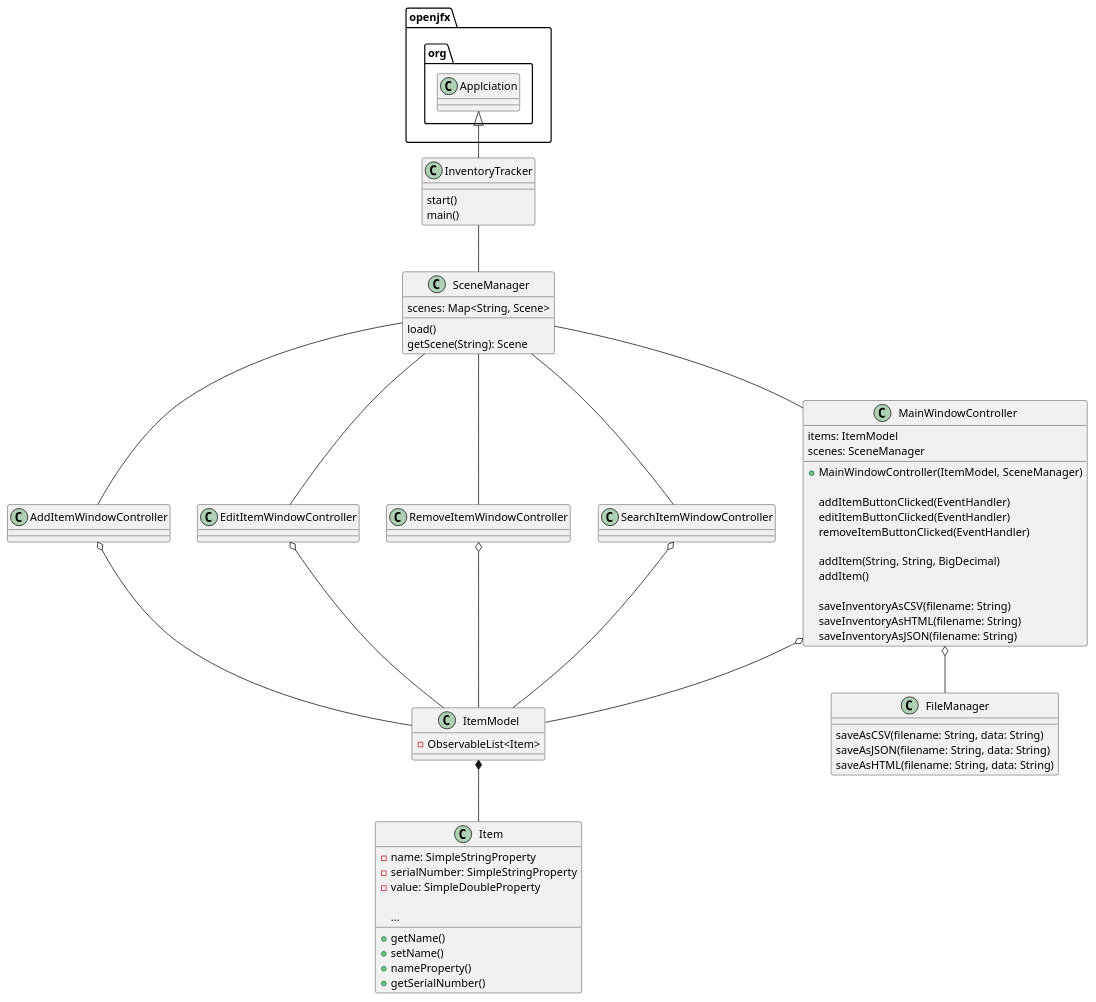
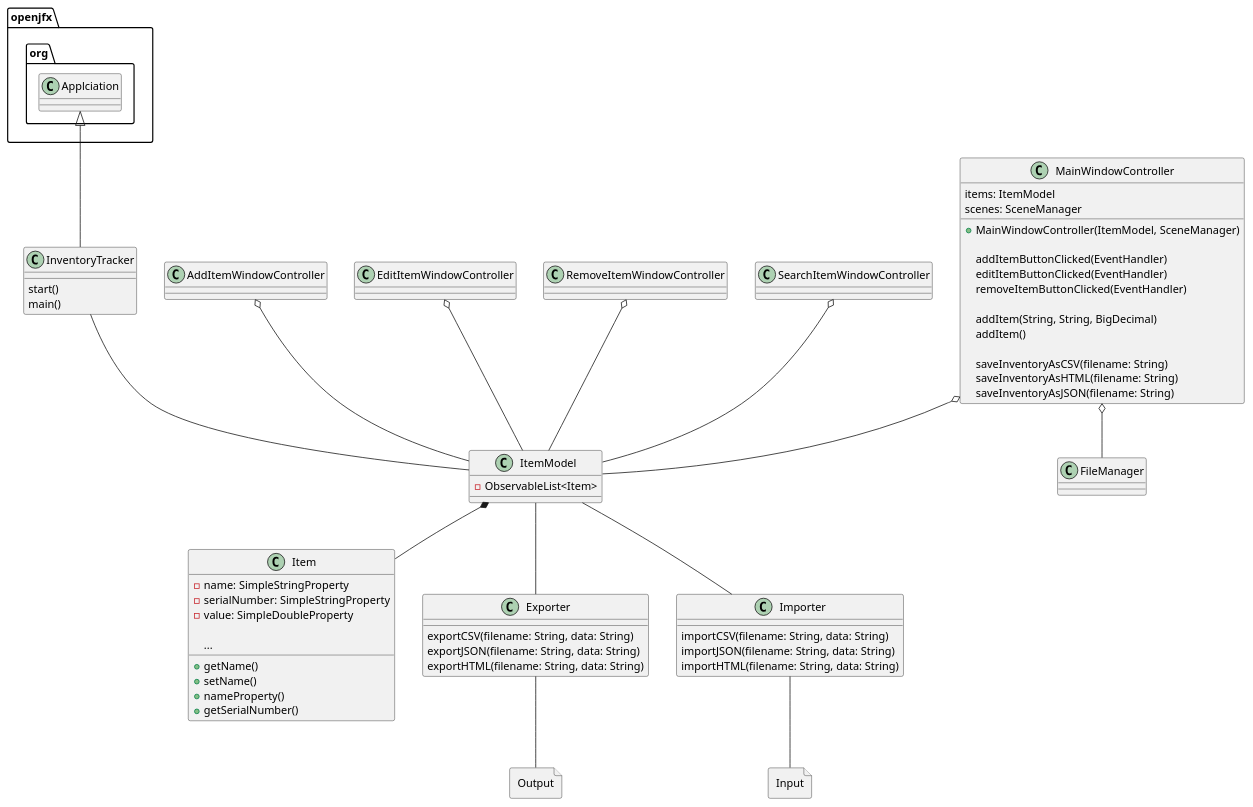
The diagram in uml/exercise56.puml (MontgomeryJukebox/Santamaria-3398-a5), drawn with PlantUML before and after one commit. The commit also changed 51 other files, not shown here.

```diff
--- a/uml/exercise56.puml
+++ b/uml/exercise56.puml
@@ -1,88 +1,94 @@
 @startuml
 'https://plantuml.com/class-diagram
 
 class InventoryTracker {
     start()
     main()
-}
-
-class SceneManager {
-    scenes: Map<String, Scene>
-
-    load()
-    getScene(String): Scene
 }
 
 class MainWindowController {
     items: ItemModel
     scenes: SceneManager
 
     + MainWindowController(ItemModel, SceneManager)
 
     addItemButtonClicked(EventHandler)
     editItemButtonClicked(EventHandler)
     removeItemButtonClicked(EventHandler)
 
     addItem(String, String, BigDecimal)
     addItem()
 
     saveInventoryAsCSV(filename: String)
     saveInventoryAsHTML(filename: String)
     saveInventoryAsJSON(filename: String)
 }
 
 class AddItemWindowController {
 
 }
 
 class EditItemWindowController {
 
 }
 
 class RemoveItemWindowController {
 
 }
 
 class SearchItemWindowController {
 
 }
 
 class ItemModel {
     - ObservableList<Item>
 }
 
 class Item {
     - name: SimpleStringProperty
     - serialNumber: SimpleStringProperty
     - value: SimpleDoubleProperty
 
     + getName()
     + setName()
     + nameProperty()
     + getSerialNumber()
     ...
 }
 
-class FileManager {
-    saveAsCSV(filename: String, data: String)
-    saveAsJSON(filename: String, data: String)
-    saveAsHTML(filename: String, data: String)
+class Exporter {
+    exportCSV(filename: String, data: String)
+    exportJSON(filename: String, data: String)
+    exportHTML(filename: String, data: String)
+}
+
+class Importer {
+    importCSV(filename: String, data: String)
+    importJSON(filename: String, data: String)
+    importHTML(filename: String, data: String)
+}
+
+file Output {
+
+}
+
+file Input {
+
 }
 
 MainWindowController o-- FileManager
 openjfx.org.Applciation <|-- InventoryTracker
-InventoryTracker -- SceneManager
-SceneManager -- MainWindowController
-SceneManager -- AddItemWindowController
-SceneManager -- EditItemWindowController
-SceneManager -- RemoveItemWindowController
-SceneManager -- SearchItemWindowController
+InventoryTracker -- ItemModel
+Importer -- Input
+Exporter -- Output
 MainWindowController o-- ItemModel
+ItemModel -- Exporter
+ItemModel -- Importer
 SearchItemWindowController o-- ItemModel
 RemoveItemWindowController o-- ItemModel
 EditItemWindowController o-- ItemModel
 AddItemWindowController o-- ItemModel
 ItemModel *-- Item
 
 
 @enduml
```
